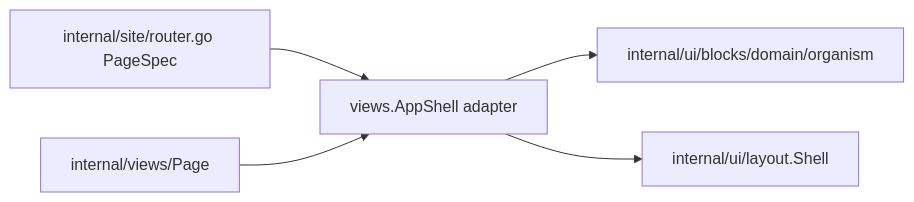
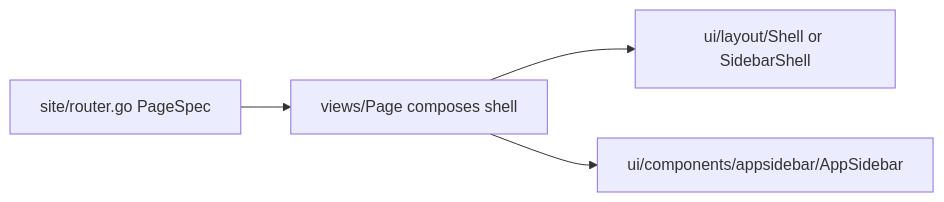
One commit to fastygo/blank changed the second of 2 diagrams in .project/specs/next-shadcn-architecture.md. Above: the diagram before and after it, drawn with Mermaid. The commit also changed other lines of this file and 48 other files, not shown here.

````diff
--- a/.project/specs/next-shadcn-architecture.md
+++ b/.project/specs/next-shadcn-architecture.md
@@ -109,7 +104,6 @@
 ```mermaid
 flowchart LR
-  routeSpec["internal/site/router.go PageSpec"] --> routeAdapter["views.AppShell adapter"]
-  routeAdapter --> uiArtifact["internal/ui/blocks/domain/organism"]
-  routeAdapter --> docShell["internal/ui/layout.Shell"]
-  pageBody["internal/views/Page"] --> routeAdapter
+  routeSpec["site/router.go PageSpec"] --> pageBody["views/Page composes shell"]
+  pageBody --> shell["ui/layout/Shell or SidebarShell"]
+  pageBody --> aside["ui/components/appsidebar/AppSidebar"]
 ```
````
